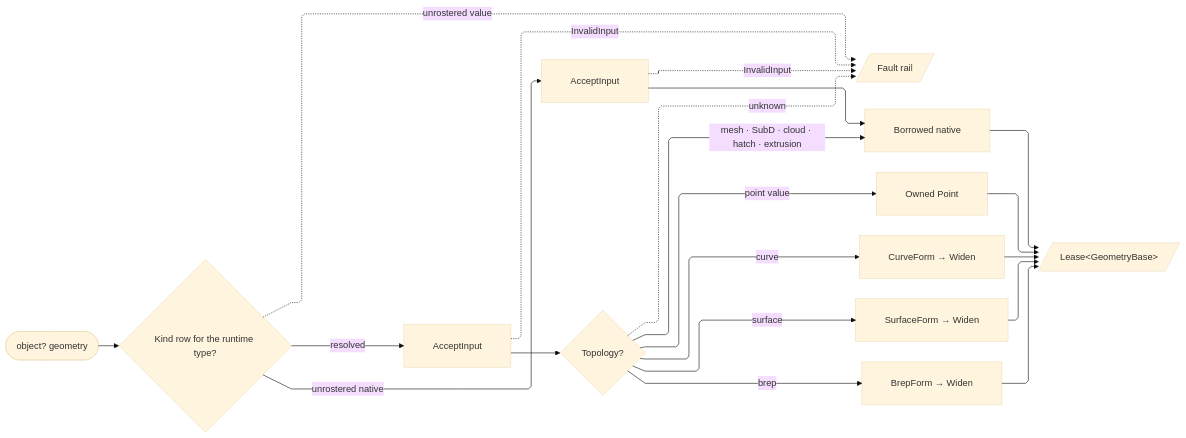
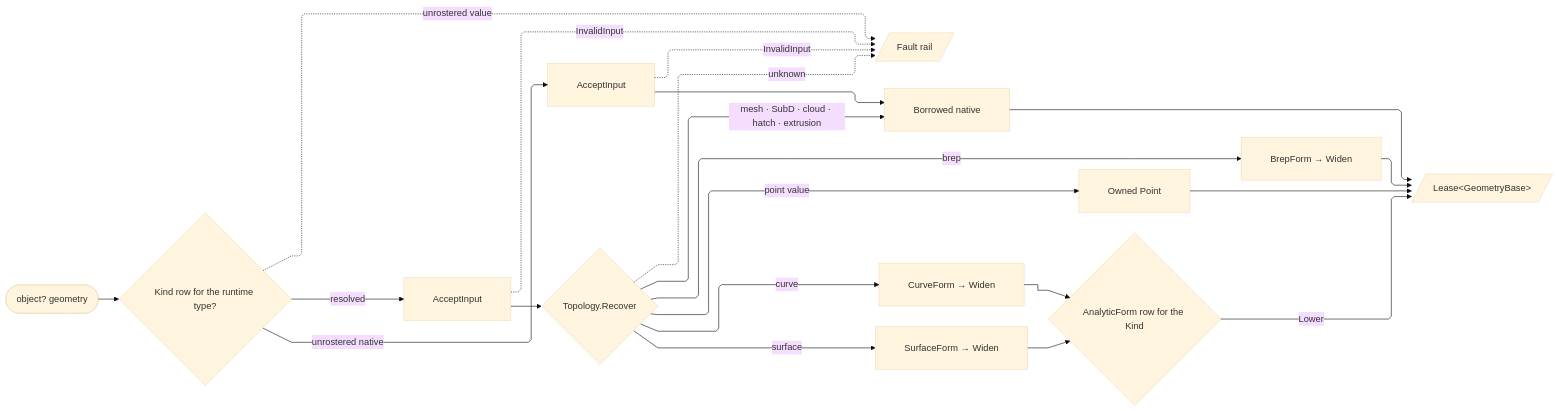
Before and after one commit to bsamiee/Rasm: the diagram in libs/csharp/Rasm/.planning/Domain/normalization.md, drawn with Mermaid (base theme). The commit also changed other lines of this file and 818 other files, not shown here.

````diff
--- a/libs/csharp/Rasm/.planning/Domain/normalization.md
+++ b/libs/csharp/Rasm/.planning/Domain/normalization.md
@@ -466,31 +582,32 @@
 ```mermaid
 ---
 config:
   layout: elk
   flowchart:
     curve: linear
     padding: 25
 ---
 flowchart LR
     accTitle: GeometryForm normalization dispatch
-    accDescr: One admitted geometry value resolves its Kind row first, then dispatches every stratum through the topology arms into borrowed or owned form leases, while invalid and unrostered non-native inputs converge on the typed fault rail.
+    accDescr: One admitted geometry value resolves its Kind row first, then dispatches through the topology row's own recovery into borrowed or owned form leases, while invalid and unrostered non-native inputs converge on the typed fault rail.
     Raw(["object? geometry"]) --> Classify{"Kind row for the runtime type?"}
     Classify -->|resolved| KindAdmit[AcceptInput]
     Classify -->|unrostered native| NativeAdmit[AcceptInput]
     Classify -.->|unrostered value| Fault[/Fault rail/]
     NativeAdmit -.->|InvalidInput| Fault
     NativeAdmit --> Borrowed[Borrowed native]
     KindAdmit -.->|InvalidInput| Fault
-    KindAdmit --> Dispatch{"Topology?"}
+    KindAdmit --> Dispatch{"Topology.Recover"}
     Dispatch -->|point value| Point[Owned Point]
     Dispatch -->|curve| Curve[CurveForm → Widen]
     Dispatch -->|surface| Surface[SurfaceForm → Widen]
     Dispatch -->|brep| Brep[BrepForm → Widen]
     Dispatch -->|mesh · SubD · cloud · hatch · extrusion| Borrowed
     Dispatch -.->|unknown| Fault
-    Borrowed --> GeometryLease[/"Lease&lt;GeometryBase&gt;"/]
+    Curve --> Analytic{"AnalyticForm row for the Kind"}
+    Surface --> Analytic
+    Analytic -->|Lower| GeometryLease[/"Lease&lt;GeometryBase&gt;"/]
+    Borrowed --> GeometryLease
     Point --> GeometryLease
-    Curve --> GeometryLease
-    Surface --> GeometryLease
     Brep --> GeometryLease
 ```
````
